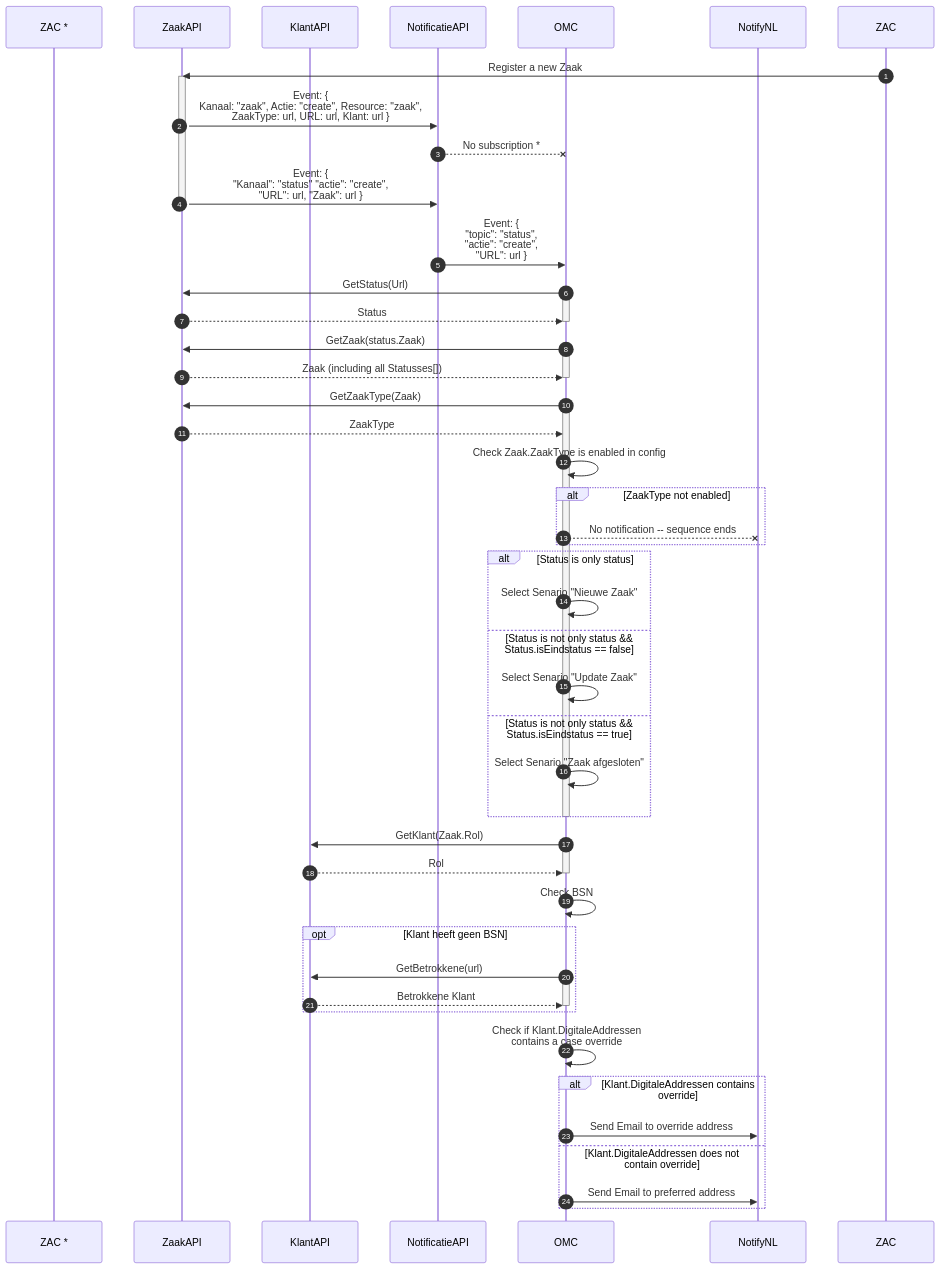
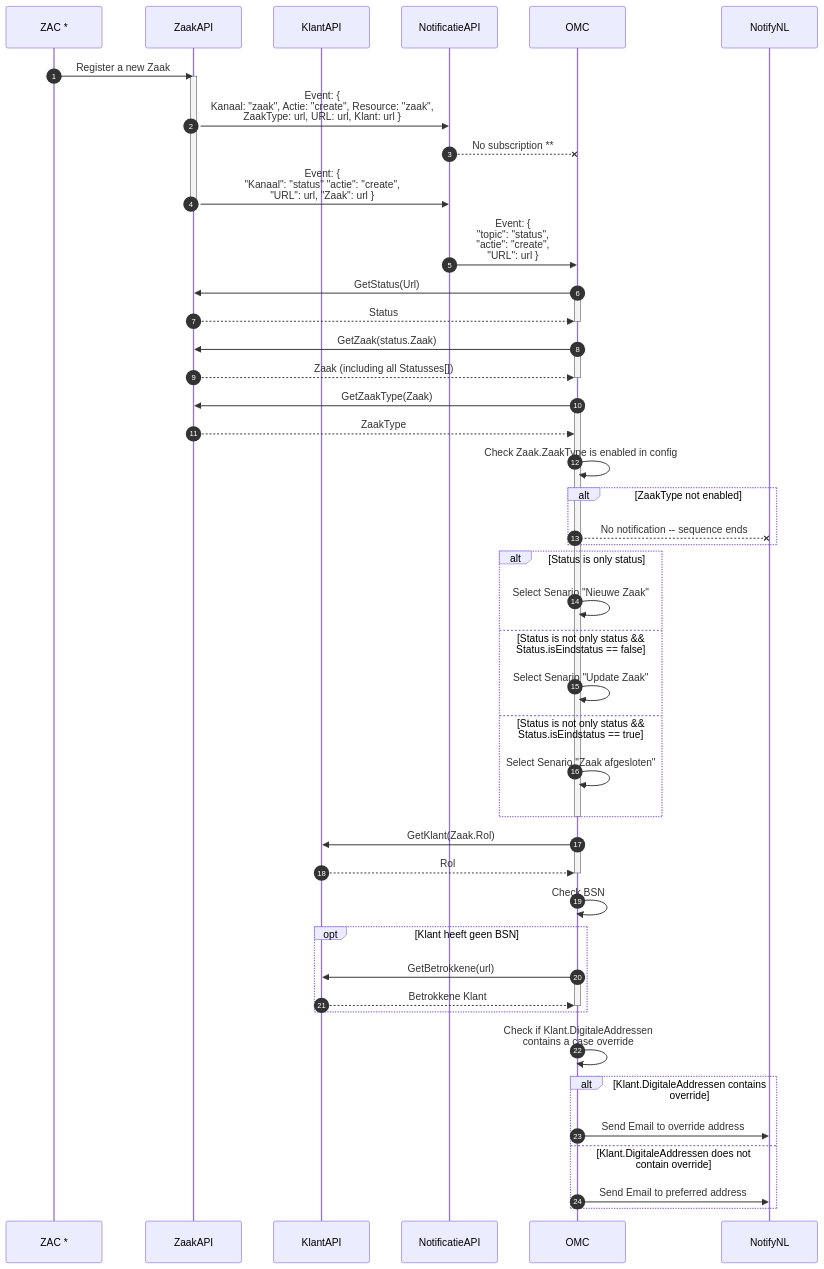
The diagram in Documentation/OMC - ZGW integration.md (Worth-NL/NotifyNL-OMC), drawn with Mermaid before and after one commit.

Commit message:
corrects the title of the ZAC column

````diff
--- a/Documentation/OMC - ZGW integration.md
+++ b/Documentation/OMC - ZGW integration.md
@@ -39,69 +39,69 @@
 ```mermaid
 sequenceDiagram
     autonumber
 
-    participant ZAC *
+    participant ZAC as ZAC *
     participant ZaakAPI
     participant KlantAPI
     participant NotificatieAPI
     participant OMC 
     participant NotifyNL
 
     ZAC->>ZaakAPI: Register a new Zaak
 
     activate ZaakAPI
     ZaakAPI->>NotificatieAPI: Event: {<br />Kanaal: "zaak", Actie: "create", Resource: "zaak", <br /> ZaakType: url, URL: url, Klant: url } 
-    NotificatieAPI--xOMC: No subscription *
+    NotificatieAPI--xOMC: No subscription **
     ZaakAPI->>NotificatieAPI: Event: {<br />"Kanaal": "status" "actie": "create", <br /> "URL": url, "Zaak": url }
     deactivate ZaakAPI
 
     NotificatieAPI->>OMC: Event: {<br /> "topic": "status",<br /> "actie": "create",<br /> "URL": url }
         
     OMC->>ZaakAPI: GetStatus(Url)    
     activate OMC
     ZaakAPI-->>OMC: Status
     deactivate OMC
     
     OMC->>ZaakAPI: GetZaak(status.Zaak)
     activate OMC    
     ZaakAPI-->>OMC: Zaak (including all Statusses[])
     deactivate OMC
 
     OMC->>ZaakAPI: GetZaakType(Zaak)
     activate OMC    
     ZaakAPI-->>OMC: ZaakType
     OMC->>OMC: Check Zaak.ZaakType is enabled in config
 
     alt ZaakType not enabled
     OMC--xNotifyNL: No notification -- sequence ends
     end
     alt Status is only status
     OMC->>OMC: Select Senario "Nieuwe Zaak"
     else Status is not only status && <br/> Status.isEindstatus == false
     OMC->>OMC: Select Senario "Update Zaak"
     else Status is not only status && <br/> Status.isEindstatus == true
     OMC->>OMC: Select Senario "Zaak afgesloten"
     end
     deactivate OMC
     
     OMC->>KlantAPI: GetKlant(Zaak.Rol)
     activate OMC
     KlantAPI-->>OMC: Rol
     deactivate OMC
 
     OMC->>OMC: Check BSN
 
     opt Klant heeft geen BSN
     OMC->>KlantAPI: GetBetrokkene(url)
     activate OMC
     KlantAPI-->>OMC: Betrokkene Klant
     deactivate OMC 
     end
 
     OMC->>OMC: Check if Klant.DigitaleAddressen <br /> contains a case override
     alt Klant.DigitaleAddressen contains override
     OMC->>NotifyNL: Send Email to override address
     else Klant.DigitaleAddressen does not contain override
     OMC->>NotifyNL: Send Email to preferred address
     end
 ```
````
